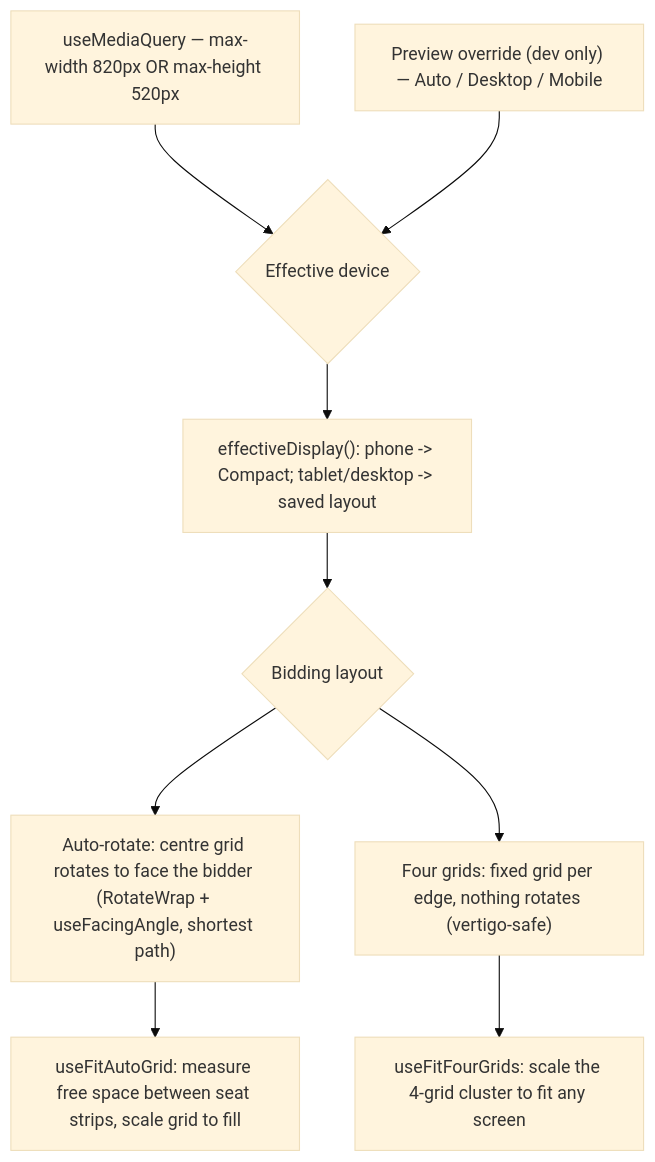
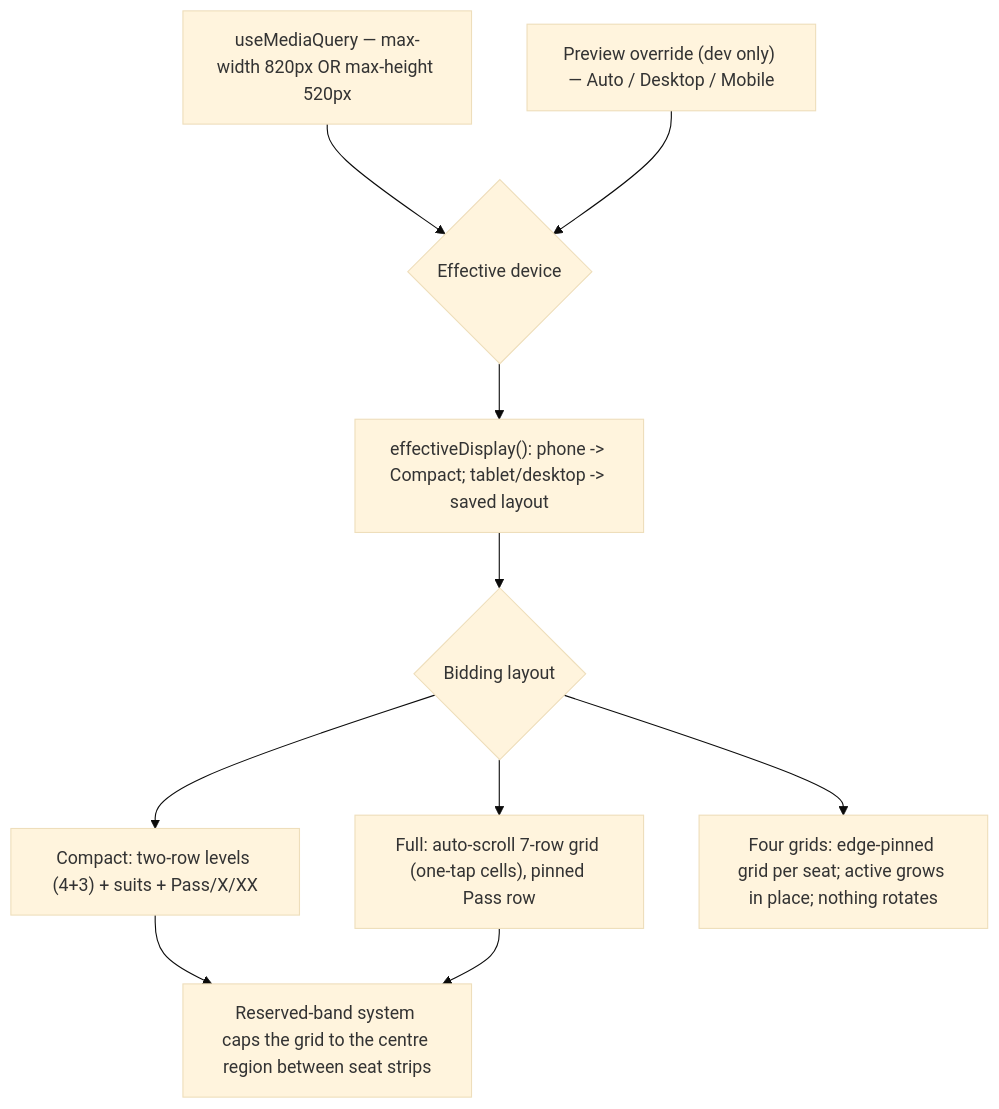
Diagram 12 of 14 in docs/ARCHITECTURE.md (levijsbris/Bidding-Box), drawn with Mermaid (base theme) before and after one commit. The commit also changed other lines of this file and 7 other files, not shown here.

First line of the commit message:
Redesign bidding screen: reserved-band accessible layout

````diff
--- a/docs/ARCHITECTURE.md
+++ b/docs/ARCHITECTURE.md
@@ -457,11 +457,12 @@
 ```mermaid
 flowchart TD
     VP["useMediaQuery — max-width 820px OR max-height 520px"] --> Dev{Effective device}
     Override["Preview override (dev only) — Auto / Desktop / Mobile"] --> Dev
     Dev --> Disp["effectiveDisplay(): phone -> Compact; tablet/desktop -> saved layout"]
     Disp --> Layout{Bidding layout}
-    Layout --> Auto["Auto-rotate: centre grid rotates to face the bidder (RotateWrap + useFacingAngle, shortest path)"]
-    Layout --> Four["Four grids: fixed grid per edge, nothing rotates (vertigo-safe)"]
-    Auto --> Fit1["useFitAutoGrid: measure free space between seat strips, scale grid to fill"]
-    Four --> Fit2["useFitFourGrids: scale the 4-grid cluster to fit any screen"]
+    Layout --> Compact["Compact: two-row levels (4+3) + suits + Pass/X/XX"]
+    Layout --> Full["Full: auto-scroll 7-row grid (one-tap cells), pinned Pass row"]
+    Layout --> Four["Four grids: edge-pinned grid per seat; active grows in place; nothing rotates"]
+    Compact --> Band["Reserved-band system caps the grid to the centre region between seat strips"]
+    Full --> Band
 ```
````
